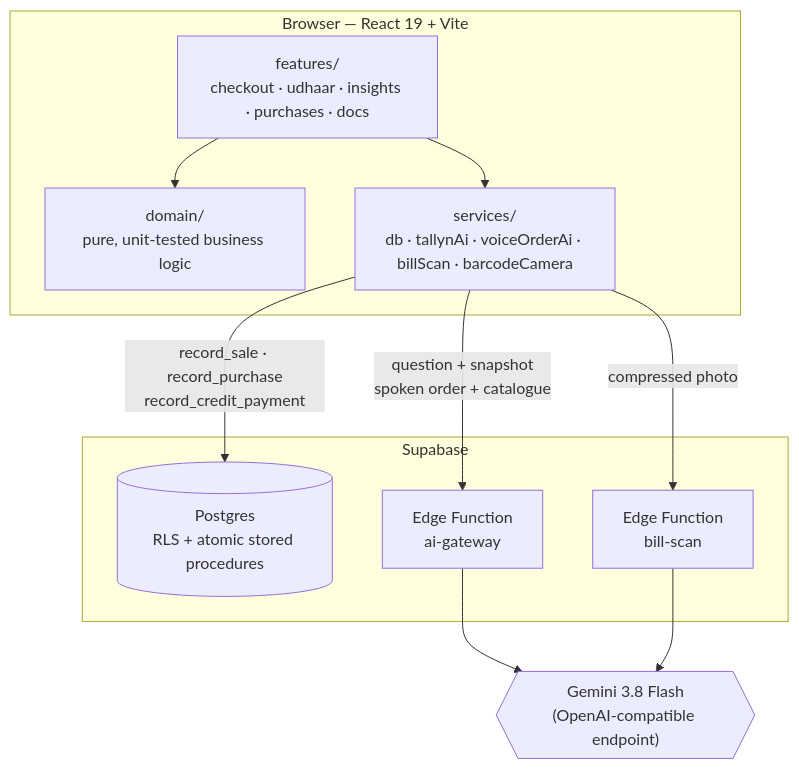
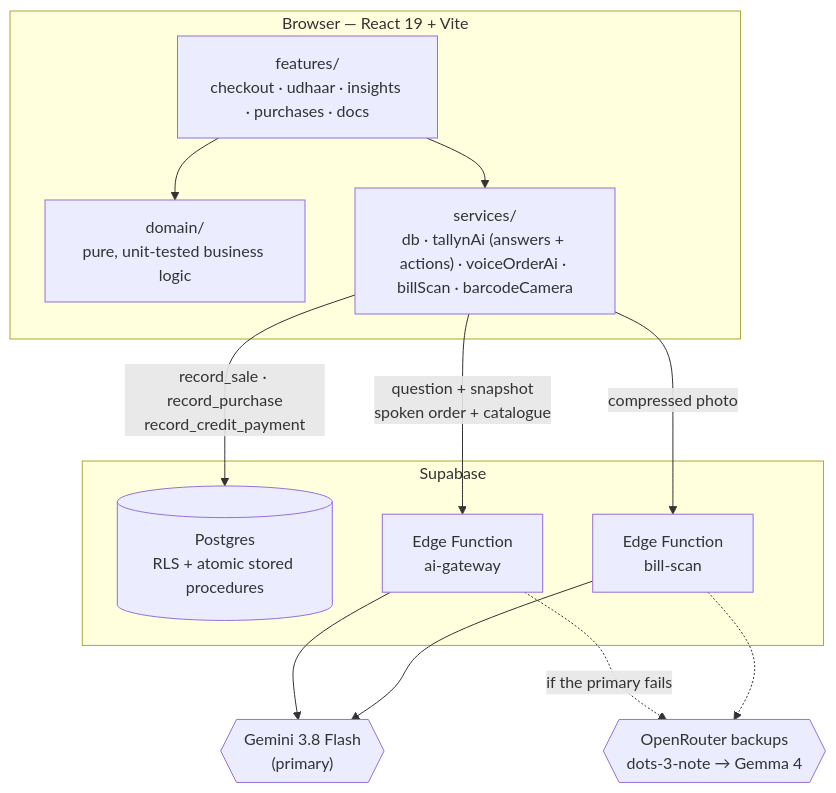
One commit to Novelty-byte/Tallyn changed the second of 4 diagrams in README.md. Above: the diagram before and after it, drawn with Mermaid. The commit also changed other lines of this file and 25 other files, not shown here.

Commit message:
UPD: AI model backup chain, Kiryana Radio, Tallyn AI, Tallyn AI actions, Checkout, edge functions etc.

````diff
--- a/README.md
+++ b/README.md
@@ -149,20 +151,22 @@
 ```mermaid
 flowchart TB
     subgraph Browser["Browser — React 19 + Vite"]
         F["features/<br/>checkout · udhaar · insights · purchases · docs"]
         D["domain/<br/>pure, unit-tested business logic"]
-        SV["services/<br/>db · tallynAi · voiceOrderAi · billScan · barcodeCamera"]
+        SV["services/<br/>db · tallynAi (answers + actions) · voiceOrderAi · billScan · barcodeCamera"]
         F --> D
         F --> SV
     end
     subgraph Supabase
         PG[("Postgres<br/>RLS + atomic stored procedures")]
         AG["Edge Function<br/>ai-gateway"]
         BS["Edge Function<br/>bill-scan"]
     end
     SV -->|"record_sale · record_purchase<br/>record_credit_payment"| PG
     SV -->|"question + snapshot<br/>spoken order + catalogue"| AG
     SV -->|compressed photo| BS
-    AG --> LLM{{"Gemini 3.8 Flash<br/>(OpenAI-compatible endpoint)"}}
+    AG --> LLM{{"Gemini 3.8 Flash<br/>(primary)"}}
     BS --> LLM
+    AG -.->|"if the primary fails"| OR{{"OpenRouter backups<br/>dots-3-note → Gemma 4"}}
+    BS -.-> OR
 ```
````
